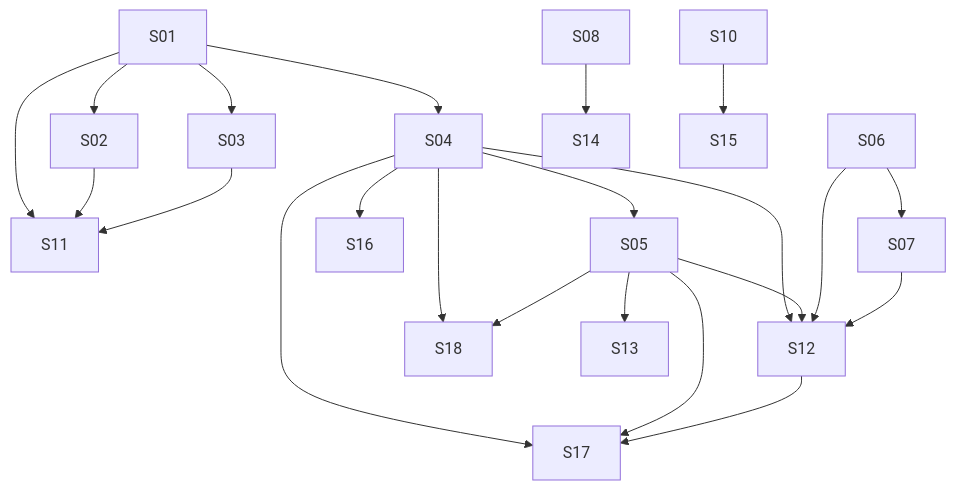
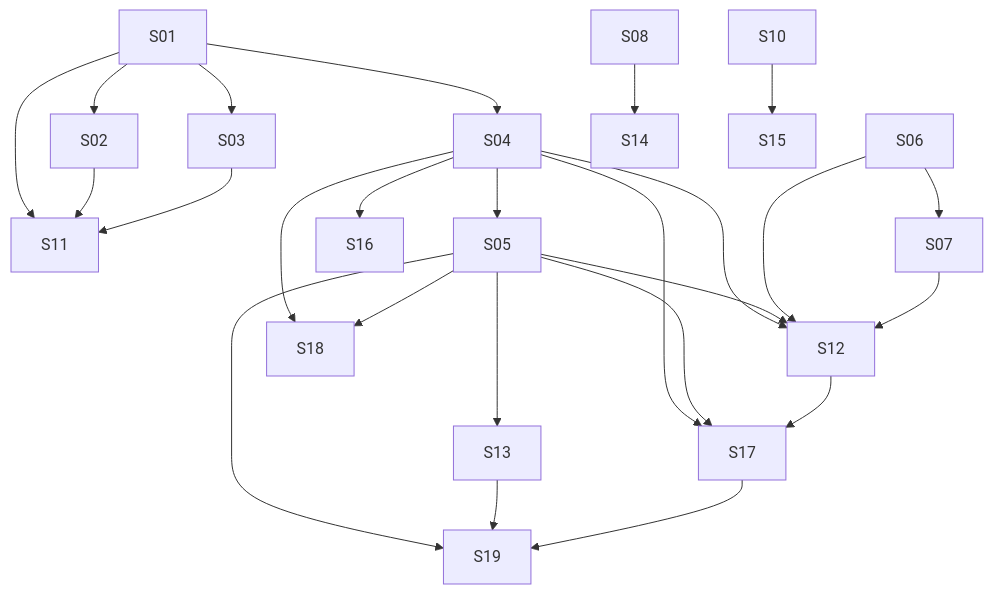
Before and after one commit to lmmoreira/ikaro: the diagram in plan/M23-MULTIVERTICAL-APPOINTMENT-BOOKING.md, drawn with Mermaid. The commit also changed other lines of this file and 9 other files, not shown here.

````diff
--- a/plan/M23-MULTIVERTICAL-APPOINTMENT-BOOKING.md
+++ b/plan/M23-MULTIVERTICAL-APPOINTMENT-BOOKING.md
@@ -38,24 +39,27 @@
 ```mermaid
 graph TD
   S01 --> S02
   S01 --> S03
   S01 --> S04
   S01 --> S11
   S02 --> S11
   S03 --> S11
   S04 --> S05
   S04 --> S12
   S04 --> S16
   S04 --> S17
   S04 --> S18
   S05 --> S12
   S05 --> S13
   S05 --> S17
   S05 --> S18
   S12 --> S17
+  S05 --> S19
+  S13 --> S19
+  S17 --> S19
   S06 --> S07
   S06 --> S12
   S07 --> S12
   S08 --> S14
   S10 --> S15
 ```
````
